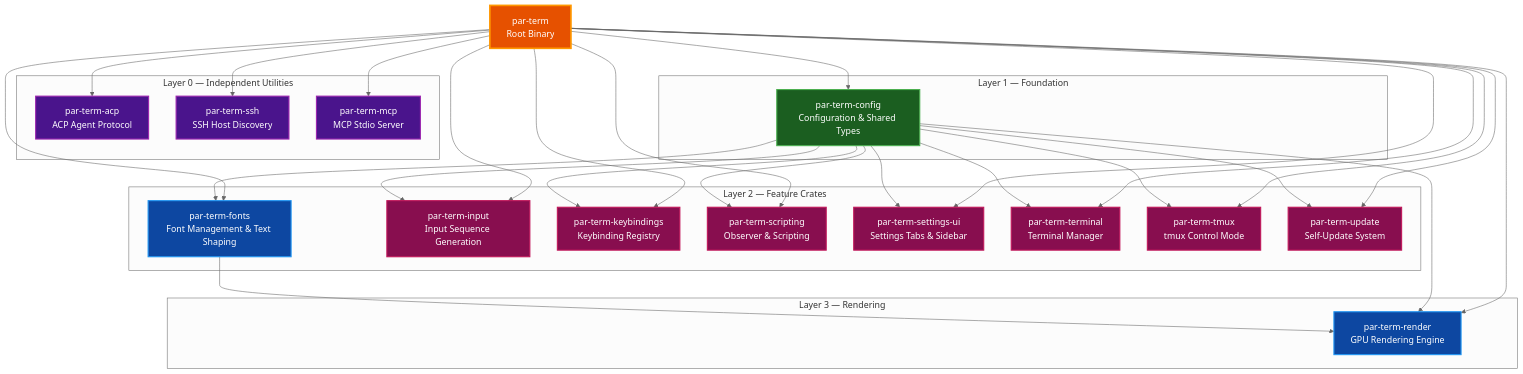
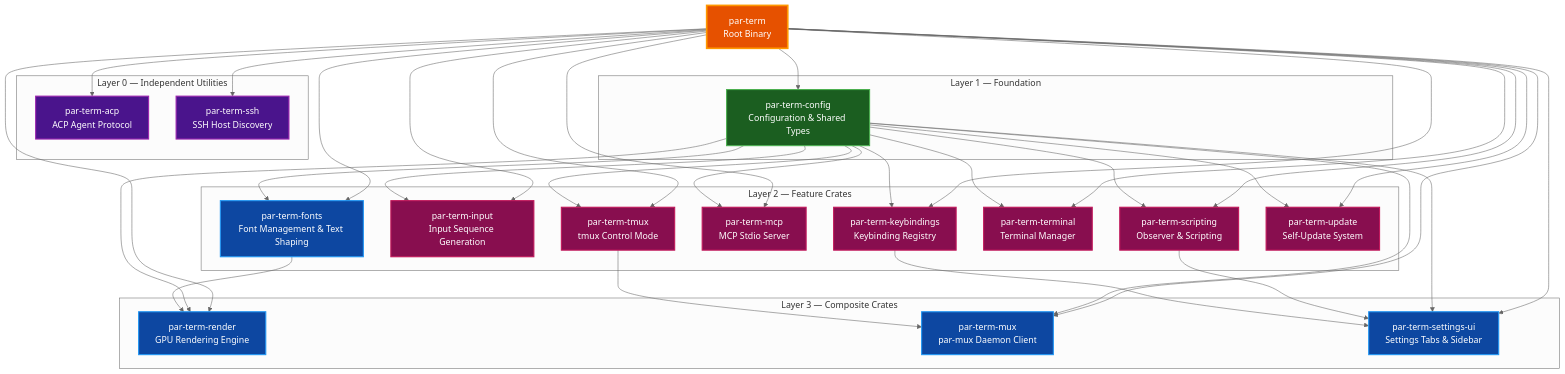
The diagram in docs/architecture/CRATE_STRUCTURE.md (paulrobello/par-term), drawn with Mermaid (neutral theme) before and after one commit. The commit also changed other lines of this file and 3 other files, not shown here.

````diff
--- a/docs/architecture/CRATE_STRUCTURE.md
+++ b/docs/architecture/CRATE_STRUCTURE.md
@@ -32,70 +32,78 @@
 ```mermaid
 graph TD
     Main[par-term<br>Root Binary]
 
     subgraph "Layer 0 — Independent Utilities"
         ACP[par-term-acp<br>ACP Agent Protocol]
         SSH[par-term-ssh<br>SSH Host Discovery]
-        MCP[par-term-mcp<br>MCP Stdio Server]
     end
 
     subgraph "Layer 1 — Foundation"
         Config[par-term-config<br>Configuration & Shared Types]
     end
 
     subgraph "Layer 2 — Feature Crates"
         Fonts[par-term-fonts<br>Font Management & Text Shaping]
         Input[par-term-input<br>Input Sequence Generation]
         Keybind[par-term-keybindings<br>Keybinding Registry]
+        MCP[par-term-mcp<br>MCP Stdio Server]
         Scripting[par-term-scripting<br>Observer & Scripting]
-        Settings[par-term-settings-ui<br>Settings Tabs & Sidebar]
         Terminal[par-term-terminal<br>Terminal Manager]
         Tmux[par-term-tmux<br>tmux Control Mode]
         Update[par-term-update<br>Self-Update System]
     end
 
-    subgraph "Layer 3 — Rendering"
+    subgraph "Layer 3 — Composite Crates"
         Render[par-term-render<br>GPU Rendering Engine]
+        Mux[par-term-mux<br>par-mux Daemon Client]
+        Settings[par-term-settings-ui<br>Settings Tabs & Sidebar]
     end
 
     Config --> Fonts
     Config --> Input
     Config --> Keybind
+    Config --> MCP
     Config --> Scripting
-    Config --> Settings
     Config --> Terminal
     Config --> Tmux
     Config --> Update
 
     Fonts --> Render
     Config --> Render
+    Tmux --> Mux
+    Config --> Mux
+    Keybind --> Settings
+    Scripting --> Settings
+    Config --> Settings
 
     Main --> ACP
     Main --> Config
     Main --> Fonts
     Main --> Input
     Main --> Keybind
     Main --> MCP
+    Main --> Mux
     Main --> Render
     Main --> Scripting
     Main --> Settings
     Main --> SSH
     Main --> Terminal
     Main --> Tmux
     Main --> Update
 
     style Main fill:#e65100,stroke:#ff9800,stroke-width:3px,color:#ffffff
     style ACP fill:#4a148c,stroke:#9c27b0,stroke-width:2px,color:#ffffff
     style SSH fill:#4a148c,stroke:#9c27b0,stroke-width:2px,color:#ffffff
-    style MCP fill:#4a148c,stroke:#9c27b0,stroke-width:2px,color:#ffffff
+    style MCP fill:#880e4f,stroke:#c2185b,stroke-width:2px,color:#ffffff
     style Config fill:#1b5e20,stroke:#4caf50,stroke-width:2px,color:#ffffff
     style Fonts fill:#0d47a1,stroke:#2196f3,stroke-width:2px,color:#ffffff
     style Input fill:#880e4f,stroke:#c2185b,stroke-width:2px,color:#ffffff
     style Keybind fill:#880e4f,stroke:#c2185b,stroke-width:2px,color:#ffffff
     style Scripting fill:#880e4f,stroke:#c2185b,stroke-width:2px,color:#ffffff
-    style Settings fill:#880e4f,stroke:#c2185b,stroke-width:2px,color:#ffffff
     style Terminal fill:#880e4f,stroke:#c2185b,stroke-width:2px,color:#ffffff
     style Tmux fill:#880e4f,stroke:#c2185b,stroke-width:2px,color:#ffffff
     style Update fill:#880e4f,stroke:#c2185b,stroke-width:2px,color:#ffffff
+    style Mux fill:#0d47a1,stroke:#2196f3,stroke-width:2px,color:#ffffff
+    style Settings fill:#0d47a1,stroke:#2196f3,stroke-width:2px,color:#ffffff
     style Render fill:#0d47a1,stroke:#2196f3,stroke-width:2px,color:#ffffff
 ```
````
